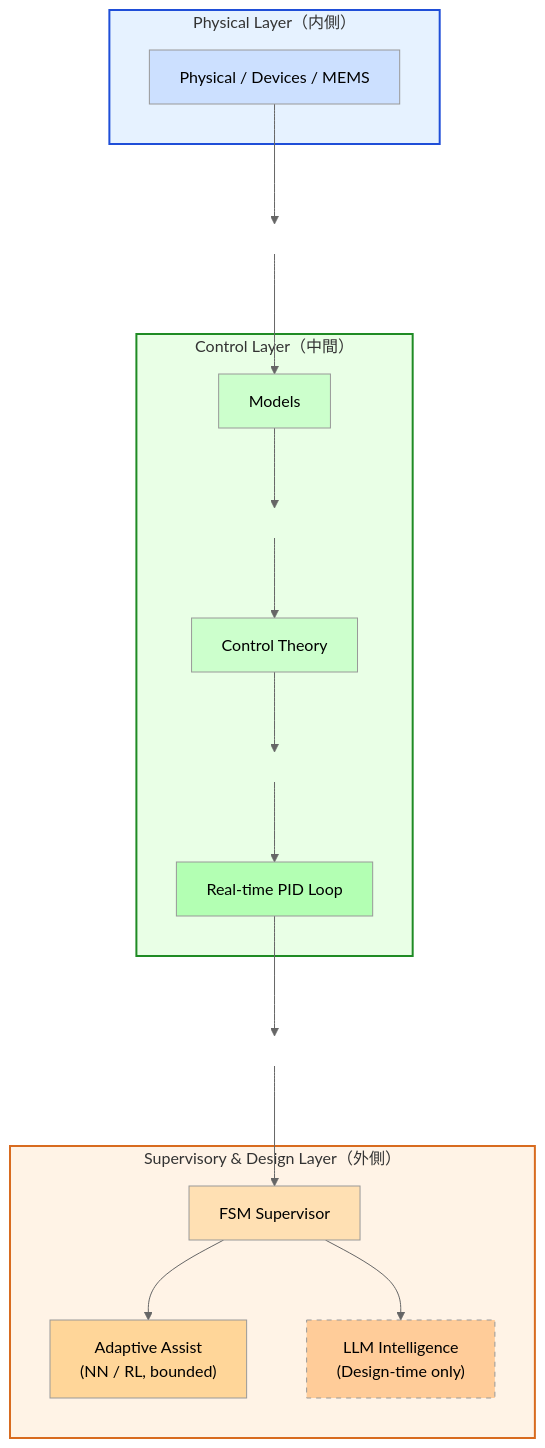
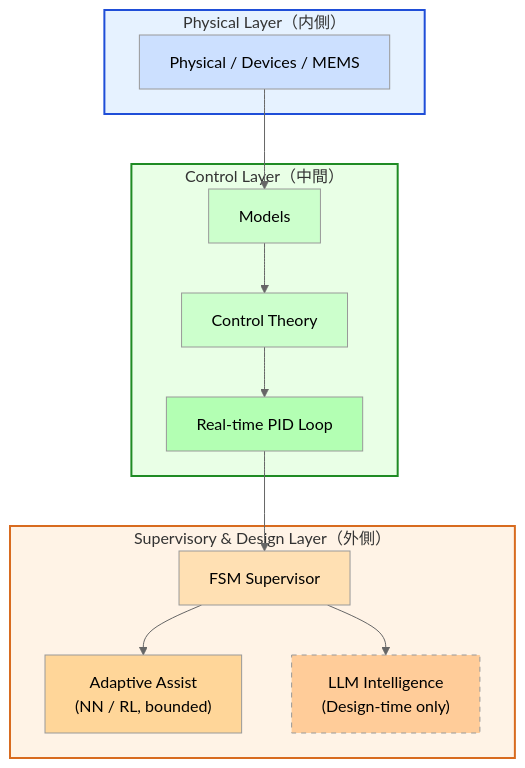
Before and after one commit to Samizo-AITL/Samizo-AITL.github.io: the diagram in portal/index.md, drawn with Mermaid (neutral theme).

````diff
--- a/portal/index.md
+++ b/portal/index.md
@@ -74,53 +74,43 @@
 ```mermaid
-%%{init: {"flowchart": {"nodeSpacing": 60, "rankSpacing": 80}}}%%
 flowchart TB
-
   %% ===== Physical Layer =====
   subgraph PL["Physical Layer（内側）"]
     P["Physical / Devices / MEMS"]
   end
 
-  %% spacer
-  SP1[" "]:::spacer
-
   %% ===== Control Layer =====
   subgraph CL["Control Layer（中間）"]
     M["Models"]
-    SP2[" "]:::spacer
     C["Control Theory"]
-    SP3[" "]:::spacer
     R["Real-time PID Loop"]
   end
 
-  %% ===== Supervisory Layer =====
-  SP4[" "]:::spacer
+  %% ===== Supervisory & Design Layer =====
   subgraph SL["Supervisory & Design Layer（外側）"]
     S["FSM Supervisor"]
     A["Adaptive Assist\n(NN / RL, bounded)"]
     I["LLM Intelligence\n(Design-time only)"]
   end
 
   %% ===== Flow =====
-  P --> SP1 --> M
-  M --> SP2 --> C
-  C --> SP3 --> R
-  R --> SP4 --> S
+  P --> M
+  M --> C
+  C --> R
+  R --> S
   S --> A
   S --> I
 
-  %% ===== Styles =====
-  classDef spacer fill:transparent,stroke:transparent
-
+  %% ===== Style =====
   style PL fill:#e6f2ff,stroke:#1f4ed8,stroke-width:2px
   style CL fill:#e9ffe6,stroke:#1f8b24,stroke-width:2px
   style SL fill:#fff3e6,stroke:#d86b1f,stroke-width:2px
 
   style P fill:#cce0ff
   style M fill:#ccffcc
   style C fill:#ccffcc
   style R fill:#b3ffb3
 
   style S fill:#ffe0b3
   style A fill:#ffd699
   style I fill:#ffcc99,stroke-dasharray:5 5
 ```
````
